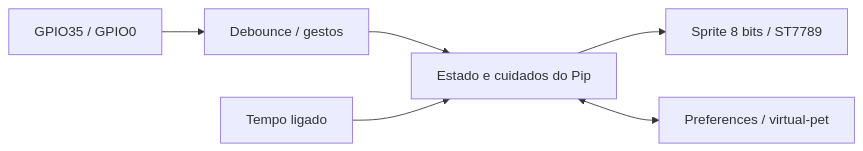
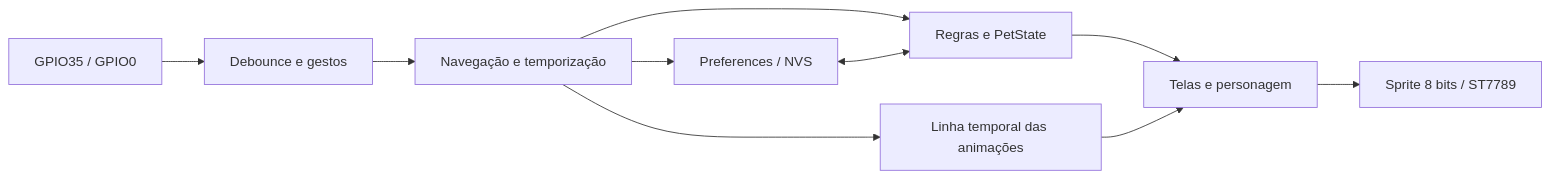
One commit to marcelogbastos/ESP32 changed the diagram in TTGO/ttgo-virtual-pet/README.md. Above: the diagram before and after it, drawn with Mermaid. The commit also changed other lines of this file and 41 other files, not shown here.

````diff
--- a/TTGO/ttgo-virtual-pet/README.md
+++ b/TTGO/ttgo-virtual-pet/README.md
@@ -37,8 +443,12 @@
 ```mermaid
 flowchart LR
-  Buttons[GPIO35 / GPIO0] --> Input[Debounce / gestos]
-  Input --> Pet[Estado e cuidados do Pip]
-  Time[Tempo ligado] --> Pet
-  Pet --> Screen[Sprite 8 bits / ST7789]
-  Pet <--> Save[Preferences / virtual-pet]
+  GPIO[GPIO35 / GPIO0] --> Button[Debounce e gestos]
+  Button --> Main[Navegação e temporização]
+  Main --> Pet[Regras e PetState]
+  Main --> Animation[Linha temporal das animações]
+  Pet --> Screen[Telas e personagem]
+  Animation --> Screen
+  Screen --> TFT[Sprite 8 bits / ST7789]
+  Main --> Save[Preferences / NVS]
+  Save <--> Pet
 ```
````
